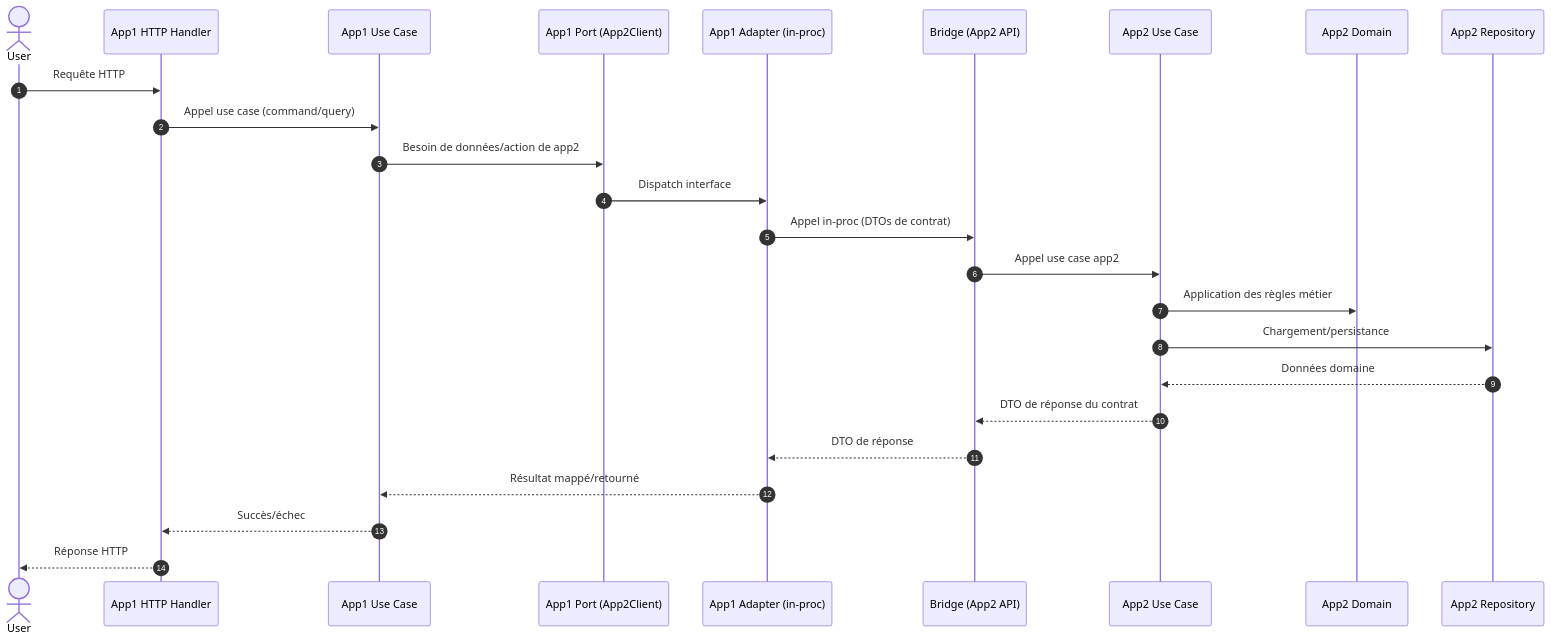
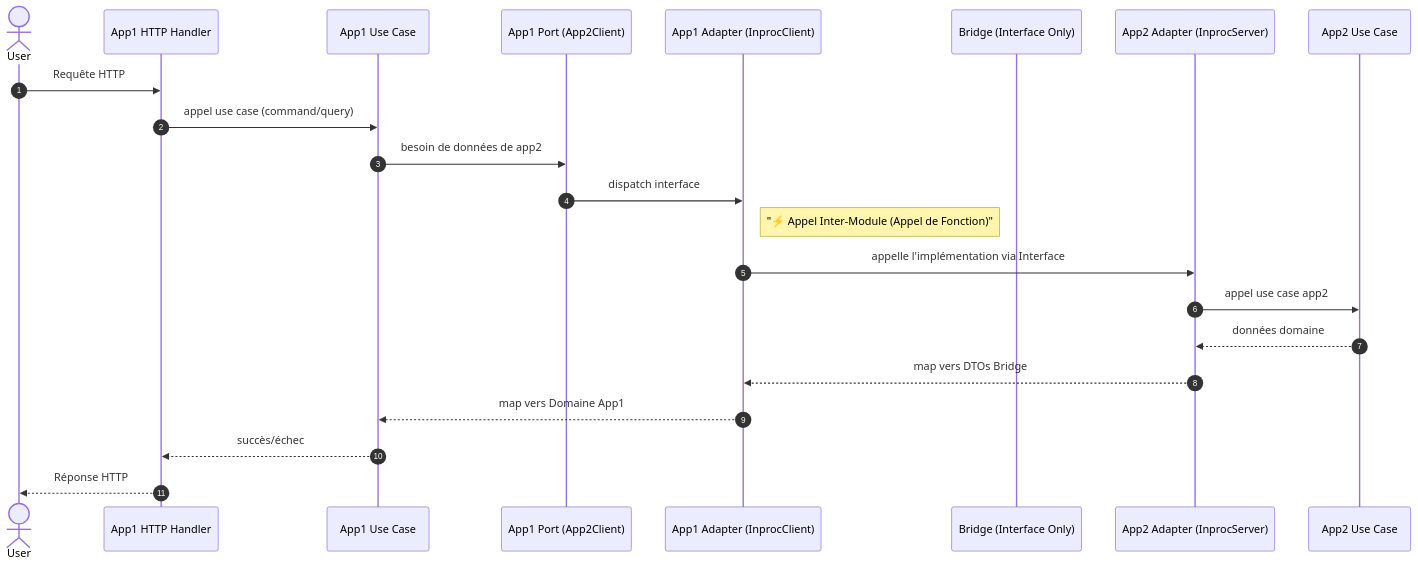
One commit to pivaldi/blog.piprime.fr changed the diagram in hexo/source/_posts/fr/innovative-go-modular-monolith-architecture.md. Above: the diagram before and after it, drawn with Mermaid. The commit also changed other lines of this file and 1 other file, not shown here.

Commit message:
Update innovative-go-modular-monolith-architecture to relfect v2 changes

````diff
--- a/hexo/source/_posts/fr/innovative-go-modular-monolith-architecture.md
+++ b/hexo/source/_posts/fr/innovative-go-modular-monolith-architecture.md
@@ -54,28 +62,27 @@
 ```mermaid
 sequenceDiagram
-  autonumber
-  actor User
-  participant H1 as App1 HTTP Handler
-  participant U1 as App1 Use Case
-  participant P as App1 Port (App2Client)
-  participant I as App1 Adapter (in-proc)
-  participant B as Bridge (App2 API)
-  participant U2 as App2 Use Case
-  participant D2 as App2 Domain
-  participant R2 as App2 Repository
+    autonumber
+    actor User
+    participant H1 as App1 HTTP Handler
+    participant U1 as App1 Use Case
+    participant P  as App1 Port (App2Client)
+    participant I  as App1 Adapter (InprocClient)
+    participant B  as Bridge (Interface Only)
+    participant S2 as App2 Adapter (InprocServer)
+    participant U2 as App2 Use Case
 
-  User->>H1: Requête HTTP
-  H1->>U1: Appel use case (command/query)
-  U1->>P: Besoin de données/action de app2
-  P->>I: Dispatch interface
-  I->>B: Appel in-proc (DTOs de contrat)
-  B->>U2: Appel use case app2
-  U2->>D2: Application des règles métier
-  U2->>R2: Chargement/persistance
-  R2-->>U2: Données domaine
-  U2-->>B: DTO de réponse du contrat
-  B-->>I: DTO de réponse
-  I-->>U1: Résultat mappé/retourné
-  U1-->>H1: Succès/échec
-  H1-->>User: Réponse HTTP
+    User->>H1: Requête HTTP
+    H1->>U1: appel use case (command/query)
+    U1->>P: besoin de données de app2
+    P->>I: dispatch interface
+
+    note right of I: "⚡ Appel Inter-Module (Appel de Fonction)"
+
+    I->>S2: appelle l'implémentation via Interface
+    S2->>U2: appel use case app2
+    U2-->>S2: données domaine
+    S2-->>I: map vers DTOs Bridge
+    I-->>U1: map vers Domaine App1
+    U1-->>H1: succès/échec
+    H1-->>User: Réponse HTTP
 ```
````
